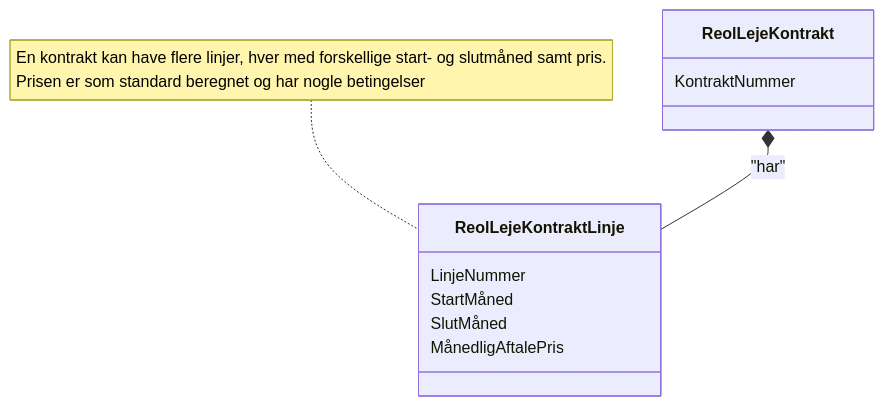
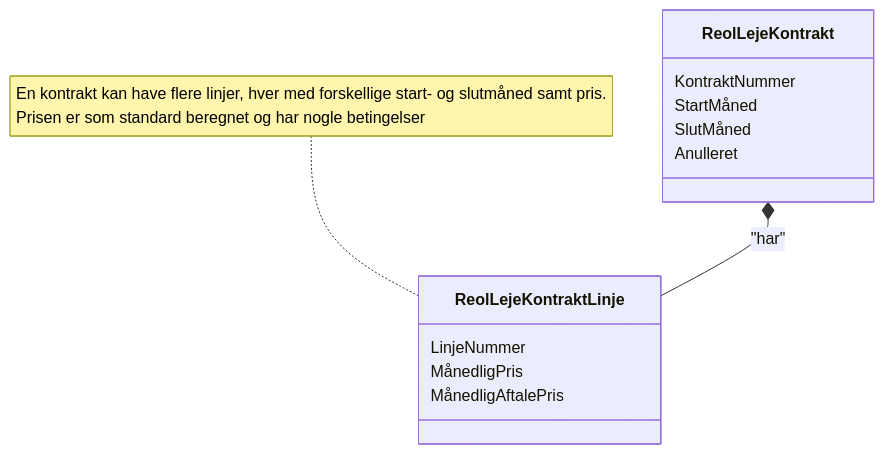
Before and after one commit to DMOoF25-TEAM11/ShelfMarket: the diagram in docs/sprint-2/UseCase003-AdministrateShelfTenantContract/DomainModel.mmd, drawn with Mermaid. The commit also changed 4 other files, not shown here.

Commit message:
Add ER for UseCase003-AdministreteShelfTenantContract

```diff
--- a/docs/sprint-2/UseCase003-AdministrateShelfTenantContract/DomainModel.mmd
+++ b/docs/sprint-2/UseCase003-AdministrateShelfTenantContract/DomainModel.mmd
@@ -1,15 +1,17 @@
 classDiagram
     class ReolLejeKontrakt {
         KontraktNummer
+        StartMåned
+        SlutMåned
+        Anulleret
     }
 
     class ReolLejeKontraktLinje {
         LinjeNummer
-        StartMåned
-        SlutMåned
+        MånedligPris
         MånedligAftalePris
     }
 
 ReolLejeKontrakt *-- ReolLejeKontraktLinje : "har"
 
 note for ReolLejeKontraktLinje "En kontrakt kan have flere linjer, hver med forskellige start- og slutmåned samt pris.<br>Prisen er som standard beregnet og har nogle betingelser"
```
